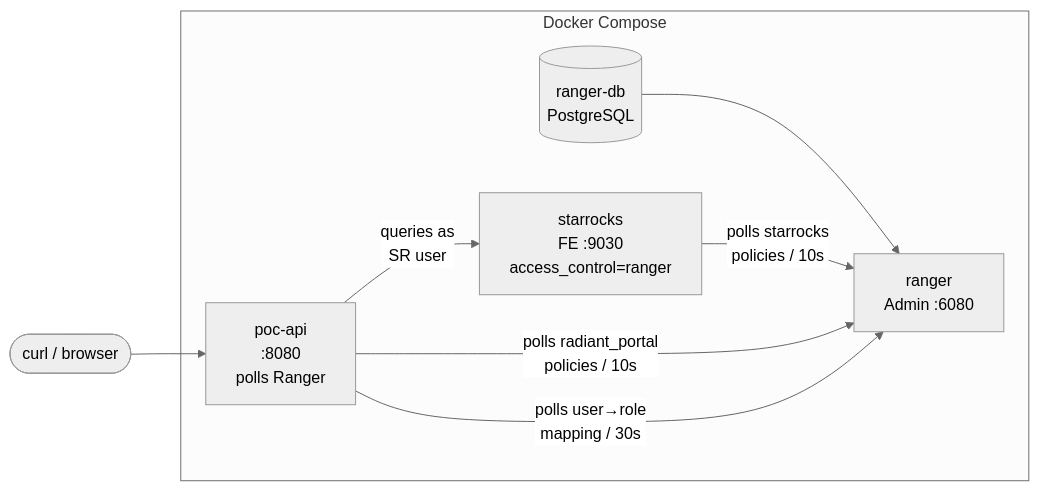
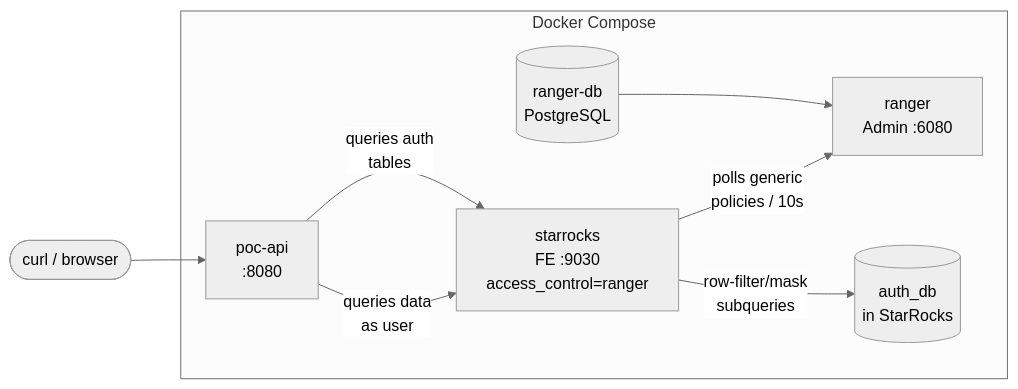
One commit to radiant-network/radiant-portal changed the diagram in docs/adr/ranger-poc/README.md. Above: the diagram before and after it, drawn with Mermaid (neutral theme). The commit also changed other lines of this file and 4 other files, not shown here.

First line of the commit message:
docs(adr): SJRA-0000 auth-tables poc with subquery-based ranger policies

````diff
--- a/docs/adr/ranger-poc/README.md
+++ b/docs/adr/ranger-poc/README.md
@@ -9,16 +9,17 @@
 ```mermaid
 graph LR
     subgraph Docker Compose
         RDB[(ranger-db<br/>PostgreSQL)]
         R[ranger<br/>Admin :6080]
         SR[starrocks<br/>FE :9030<br/>access_control=ranger]
-        API[poc-api<br/>:8080<br/>polls Ranger]
+        API[poc-api<br/>:8080]
+        AUTH[(auth_db<br/>in StarRocks)]
     end
 
     RDB --> R
-    SR -- "polls starrocks<br/>policies / 10s" --> R
-    API -- "polls radiant_portal<br/>policies / 10s" --> R
-    API -- "polls user→role<br/>mapping / 30s" --> R
-    API -- "queries as<br/>SR user" --> SR
+    SR -- "polls generic<br/>policies / 10s" --> R
+    API -- "queries auth<br/>tables" --> SR
+    API -- "queries data<br/>as user" --> SR
+    SR -- "row-filter/mask<br/>subqueries" --> AUTH
     User([curl / browser]) --> API
 ```
````
